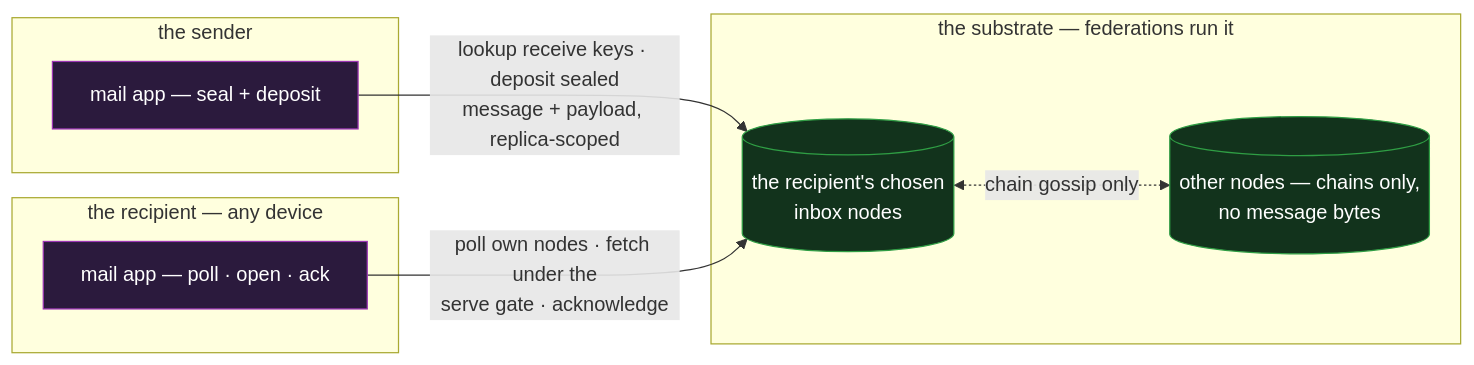
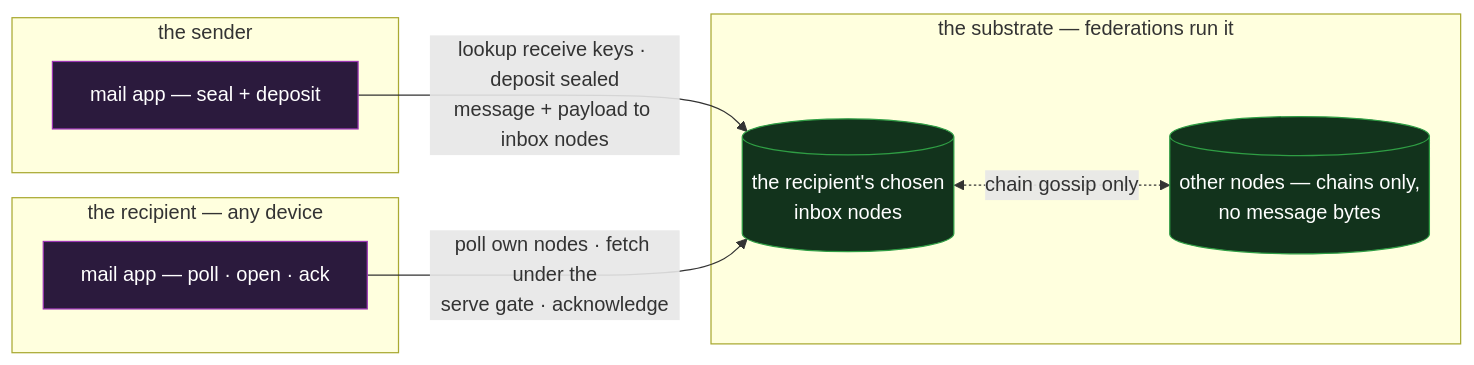
The diagram in docs/design/example-applications/mail.md (jasoncolburne/vdti), drawn with Mermaid before and after one commit. The commit also changed other lines of this file and 19 other files, not shown here.

````diff
--- a/docs/design/example-applications/mail.md
+++ b/docs/design/example-applications/mail.md
@@ -11,18 +11,18 @@
 ```mermaid
 flowchart LR
   subgraph sender["the sender"]
     sapp["mail app — seal + deposit"]:::app
   end
   subgraph recipient["the recipient — any device"]
     rapp["mail app — poll · open · ack"]:::app
   end
   subgraph sub["the substrate — federations run it"]
     inbox[("the recipient's chosen<br/>inbox nodes")]:::svc
     other[("other nodes — chains only,<br/>no message bytes")]:::svc
   end
-  sapp -->|"lookup receive keys · deposit sealed<br/>message + payload, replica-scoped"| inbox
+  sapp -->|"lookup receive keys · deposit sealed<br/>message + payload to inbox nodes"| inbox
   rapp -->|"poll own nodes · fetch under the<br/>serve gate · acknowledge"| inbox
   inbox <-.->|"chain gossip only"| other
   classDef app fill:#2b1a3d,stroke:#9c36b5,color:#fff
   classDef svc fill:#12331c,stroke:#2f9e44,color:#fff
 ```
````
